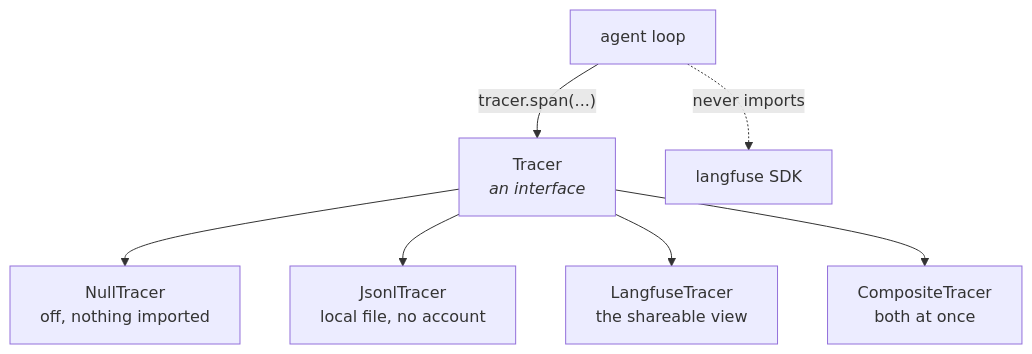
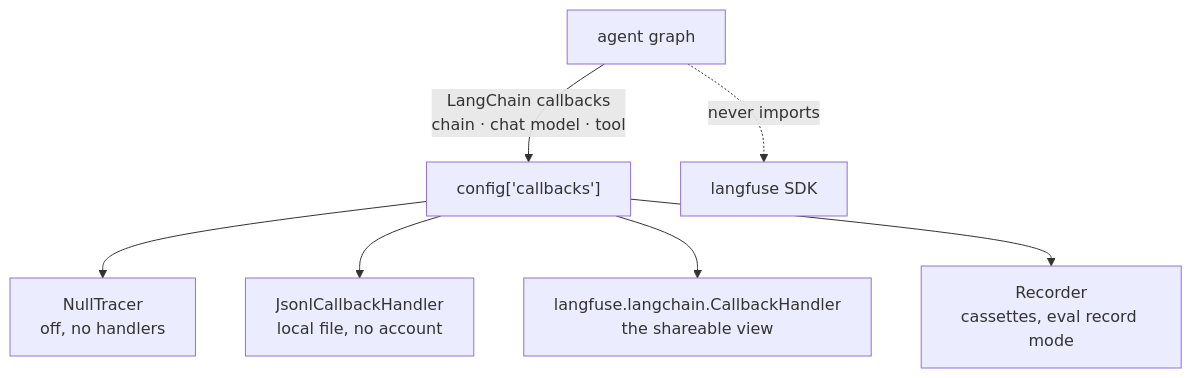
Before and after one commit to voyageuraryan/sap_proc_agent: diagram 13 of 14 in docs/03-architecture.md, drawn with Mermaid. The commit also changed other lines of this file and 31 other files, not shown here.

````diff
--- a/docs/03-architecture.md
+++ b/docs/03-architecture.md
@@ -431,9 +448,9 @@
 ```mermaid
 flowchart TB
-    LOOP["agent loop"] -->|"tracer.span(...)"| IFACE["Tracer<br/><i>an interface</i>"]
-    IFACE --> NULL["NullTracer<br/>off, nothing imported"]
-    IFACE --> JSONL["JsonlTracer<br/>local file, no account"]
-    IFACE --> LF["LangfuseTracer<br/>the shareable view"]
-    IFACE --> COMP["CompositeTracer<br/>both at once"]
-    LOOP -.->|"never imports"| LFSDK["langfuse SDK"]
+    GRAPH["agent graph"] -->|"LangChain callbacks<br/>chain · chat model · tool"| CFG["config['callbacks']"]
+    CFG --> NULL["NullTracer<br/>off, no handlers"]
+    CFG --> JSONL["JsonlCallbackHandler<br/>local file, no account"]
+    CFG --> LF["langfuse.langchain.CallbackHandler<br/>the shareable view"]
+    CFG --> REC["Recorder<br/>cassettes, eval record mode"]
+    GRAPH -.->|"never imports"| LFSDK["langfuse SDK"]
 ```
````
